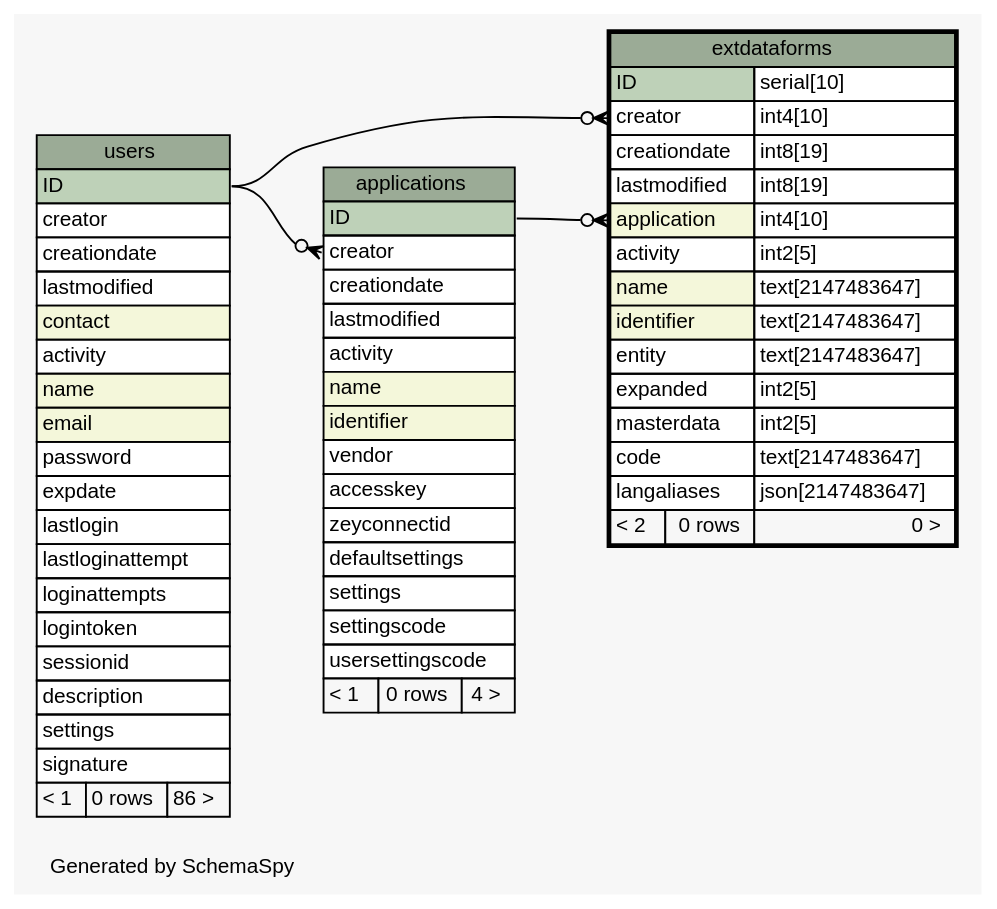
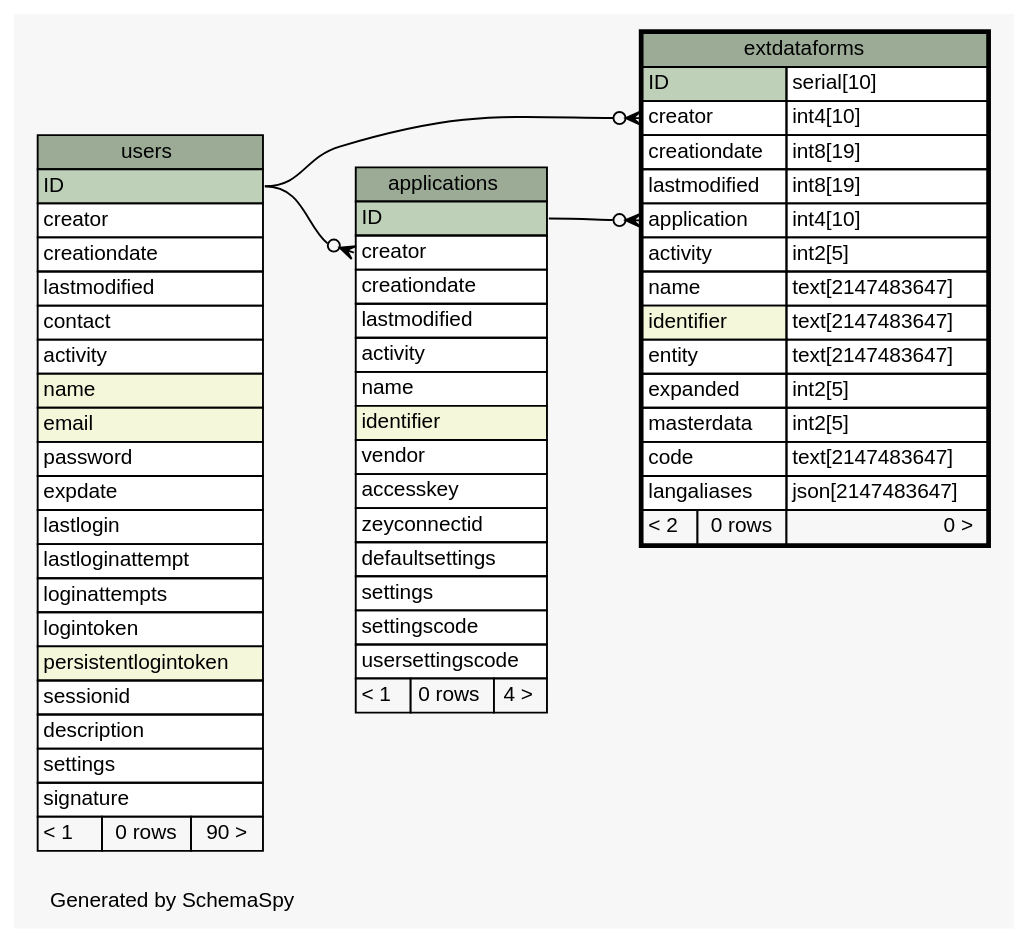
The diagram in diagrams/extdataforms.1degree.dot (zeyosinc/zeyos-schema), drawn with Graphviz before and after one commit. The commit also changed 322 other files, not shown here.

```diff
--- a/diagrams/extdataforms.1degree.dot
+++ b/diagrams/extdataforms.1degree.dot
@@ -1,97 +1,98 @@
-// dot 2.38.0 on Mac OS X 10.11.2
+// dot 2.38.0 on Mac OS X 10.11.3
 // SchemaSpy rev 590
 digraph "oneDegreeRelationshipsDiagram" {
   graph [
     rankdir="RL"
     bgcolor="#f7f7f7"
     label="\nGenerated by SchemaSpy"
     labeljust="l"
     nodesep="0.18"
     ranksep="0.46"
     fontname="Helvetica"
     fontsize="11"
   ];
   node [
     fontname="Helvetica"
     fontsize="11"
     shape="plaintext"
   ];
   edge [
     arrowsize="0.8"
   ];
   "applications":"creator":w -> "users":"ID":e [arrowhead=none dir=back arrowtail=crowodot];
   "extdataforms":"application":w -> "applications":"ID":e [arrowhead=none dir=back arrowtail=crowodot];
   "extdataforms":"creator":w -> "users":"ID":e [arrowhead=none dir=back arrowtail=crowodot];
   "applications" [
     label=<
     <TABLE BORDER="0" CELLBORDER="1" CELLSPACING="0" BGCOLOR="#ffffff">
       <TR><TD COLSPAN="3" BGCOLOR="#9bab96" ALIGN="CENTER">applications</TD></TR>
       <TR><TD PORT="ID" COLSPAN="3" BGCOLOR="#bed1b8" ALIGN="LEFT">ID</TD></TR>
       <TR><TD PORT="creator" COLSPAN="3" ALIGN="LEFT">creator</TD></TR>
       <TR><TD PORT="creationdate" COLSPAN="3" ALIGN="LEFT">creationdate</TD></TR>
       <TR><TD PORT="lastmodified" COLSPAN="3" ALIGN="LEFT">lastmodified</TD></TR>
       <TR><TD PORT="activity" COLSPAN="3" ALIGN="LEFT">activity</TD></TR>
-      <TR><TD PORT="name" COLSPAN="3" BGCOLOR="#f4f7da" ALIGN="LEFT">name</TD></TR>
+      <TR><TD PORT="name" COLSPAN="3" ALIGN="LEFT">name</TD></TR>
       <TR><TD PORT="identifier" COLSPAN="3" BGCOLOR="#f4f7da" ALIGN="LEFT">identifier</TD></TR>
       <TR><TD PORT="vendor" COLSPAN="3" ALIGN="LEFT">vendor</TD></TR>
       <TR><TD PORT="accesskey" COLSPAN="3" ALIGN="LEFT">accesskey</TD></TR>
       <TR><TD PORT="zeyconnectid" COLSPAN="3" ALIGN="LEFT">zeyconnectid</TD></TR>
       <TR><TD PORT="defaultsettings" COLSPAN="3" ALIGN="LEFT">defaultsettings</TD></TR>
       <TR><TD PORT="settings" COLSPAN="3" ALIGN="LEFT">settings</TD></TR>
       <TR><TD PORT="settingscode" COLSPAN="3" ALIGN="LEFT">settingscode</TD></TR>
       <TR><TD PORT="usersettingscode" COLSPAN="3" ALIGN="LEFT">usersettingscode</TD></TR>
       <TR><TD ALIGN="LEFT" BGCOLOR="#f7f7f7">&lt; 1</TD><TD ALIGN="RIGHT" BGCOLOR="#f7f7f7">0 rows</TD><TD ALIGN="RIGHT" BGCOLOR="#f7f7f7">4 &gt;</TD></TR>
     </TABLE>>
     URL="applications.html"
     tooltip="applications"
   ];
   "extdataforms" [
     label=<
     <TABLE BORDER="2" CELLBORDER="1" CELLSPACING="0" BGCOLOR="#ffffff">
       <TR><TD COLSPAN="3" BGCOLOR="#9bab96" ALIGN="CENTER">extdataforms</TD></TR>
       <TR><TD PORT="ID" COLSPAN="2" BGCOLOR="#bed1b8" ALIGN="LEFT">ID</TD><TD PORT="ID.type" ALIGN="LEFT">serial[10]</TD></TR>
       <TR><TD PORT="creator" COLSPAN="2" ALIGN="LEFT">creator</TD><TD PORT="creator.type" ALIGN="LEFT">int4[10]</TD></TR>
       <TR><TD PORT="creationdate" COLSPAN="2" ALIGN="LEFT">creationdate</TD><TD PORT="creationdate.type" ALIGN="LEFT">int8[19]</TD></TR>
       <TR><TD PORT="lastmodified" COLSPAN="2" ALIGN="LEFT">lastmodified</TD><TD PORT="lastmodified.type" ALIGN="LEFT">int8[19]</TD></TR>
-      <TR><TD PORT="application" COLSPAN="2" BGCOLOR="#f4f7da" ALIGN="LEFT">application</TD><TD PORT="application.type" ALIGN="LEFT">int4[10]</TD></TR>
+      <TR><TD PORT="application" COLSPAN="2" ALIGN="LEFT">application</TD><TD PORT="application.type" ALIGN="LEFT">int4[10]</TD></TR>
       <TR><TD PORT="activity" COLSPAN="2" ALIGN="LEFT">activity</TD><TD PORT="activity.type" ALIGN="LEFT">int2[5]</TD></TR>
-      <TR><TD PORT="name" COLSPAN="2" BGCOLOR="#f4f7da" ALIGN="LEFT">name</TD><TD PORT="name.type" ALIGN="LEFT">text[2147483647]</TD></TR>
+      <TR><TD PORT="name" COLSPAN="2" ALIGN="LEFT">name</TD><TD PORT="name.type" ALIGN="LEFT">text[2147483647]</TD></TR>
       <TR><TD PORT="identifier" COLSPAN="2" BGCOLOR="#f4f7da" ALIGN="LEFT">identifier</TD><TD PORT="identifier.type" ALIGN="LEFT">text[2147483647]</TD></TR>
       <TR><TD PORT="entity" COLSPAN="2" ALIGN="LEFT">entity</TD><TD PORT="entity.type" ALIGN="LEFT">text[2147483647]</TD></TR>
       <TR><TD PORT="expanded" COLSPAN="2" ALIGN="LEFT">expanded</TD><TD PORT="expanded.type" ALIGN="LEFT">int2[5]</TD></TR>
       <TR><TD PORT="masterdata" COLSPAN="2" ALIGN="LEFT">masterdata</TD><TD PORT="masterdata.type" ALIGN="LEFT">int2[5]</TD></TR>
       <TR><TD PORT="code" COLSPAN="2" ALIGN="LEFT">code</TD><TD PORT="code.type" ALIGN="LEFT">text[2147483647]</TD></TR>
       <TR><TD PORT="langaliases" COLSPAN="2" ALIGN="LEFT">langaliases</TD><TD PORT="langaliases.type" ALIGN="LEFT">json[2147483647]</TD></TR>
       <TR><TD ALIGN="LEFT" BGCOLOR="#f7f7f7">&lt; 2</TD><TD ALIGN="RIGHT" BGCOLOR="#f7f7f7">0 rows</TD><TD ALIGN="RIGHT" BGCOLOR="#f7f7f7">0 &gt;</TD></TR>
     </TABLE>>
     URL="extdataforms.html"
     tooltip="extdataforms"
   ];
   "users" [
     label=<
     <TABLE BORDER="0" CELLBORDER="1" CELLSPACING="0" BGCOLOR="#ffffff">
       <TR><TD COLSPAN="3" BGCOLOR="#9bab96" ALIGN="CENTER">users</TD></TR>
       <TR><TD PORT="ID" COLSPAN="3" BGCOLOR="#bed1b8" ALIGN="LEFT">ID</TD></TR>
       <TR><TD PORT="creator" COLSPAN="3" ALIGN="LEFT">creator</TD></TR>
       <TR><TD PORT="creationdate" COLSPAN="3" ALIGN="LEFT">creationdate</TD></TR>
       <TR><TD PORT="lastmodified" COLSPAN="3" ALIGN="LEFT">lastmodified</TD></TR>
-      <TR><TD PORT="contact" COLSPAN="3" BGCOLOR="#f4f7da" ALIGN="LEFT">contact</TD></TR>
+      <TR><TD PORT="contact" COLSPAN="3" ALIGN="LEFT">contact</TD></TR>
       <TR><TD PORT="activity" COLSPAN="3" ALIGN="LEFT">activity</TD></TR>
       <TR><TD PORT="name" COLSPAN="3" BGCOLOR="#f4f7da" ALIGN="LEFT">name</TD></TR>
       <TR><TD PORT="email" COLSPAN="3" BGCOLOR="#f4f7da" ALIGN="LEFT">email</TD></TR>
       <TR><TD PORT="password" COLSPAN="3" ALIGN="LEFT">password</TD></TR>
       <TR><TD PORT="expdate" COLSPAN="3" ALIGN="LEFT">expdate</TD></TR>
       <TR><TD PORT="lastlogin" COLSPAN="3" ALIGN="LEFT">lastlogin</TD></TR>
       <TR><TD PORT="lastloginattempt" COLSPAN="3" ALIGN="LEFT">lastloginattempt</TD></TR>
       <TR><TD PORT="loginattempts" COLSPAN="3" ALIGN="LEFT">loginattempts</TD></TR>
       <TR><TD PORT="logintoken" COLSPAN="3" ALIGN="LEFT">logintoken</TD></TR>
+      <TR><TD PORT="persistentlogintoken" COLSPAN="3" BGCOLOR="#f4f7da" ALIGN="LEFT">persistentlogintoken</TD></TR>
       <TR><TD PORT="sessionid" COLSPAN="3" ALIGN="LEFT">sessionid</TD></TR>
       <TR><TD PORT="description" COLSPAN="3" ALIGN="LEFT">description</TD></TR>
       <TR><TD PORT="settings" COLSPAN="3" ALIGN="LEFT">settings</TD></TR>
       <TR><TD PORT="signature" COLSPAN="3" ALIGN="LEFT">signature</TD></TR>
-      <TR><TD ALIGN="LEFT" BGCOLOR="#f7f7f7">&lt; 1</TD><TD ALIGN="RIGHT" BGCOLOR="#f7f7f7">0 rows</TD><TD ALIGN="RIGHT" BGCOLOR="#f7f7f7">86 &gt;</TD></TR>
+      <TR><TD ALIGN="LEFT" BGCOLOR="#f7f7f7">&lt; 1</TD><TD ALIGN="RIGHT" BGCOLOR="#f7f7f7">0 rows</TD><TD ALIGN="RIGHT" BGCOLOR="#f7f7f7">90 &gt;</TD></TR>
     </TABLE>>
     URL="users.html"
     tooltip="users"
   ];
 }
```
